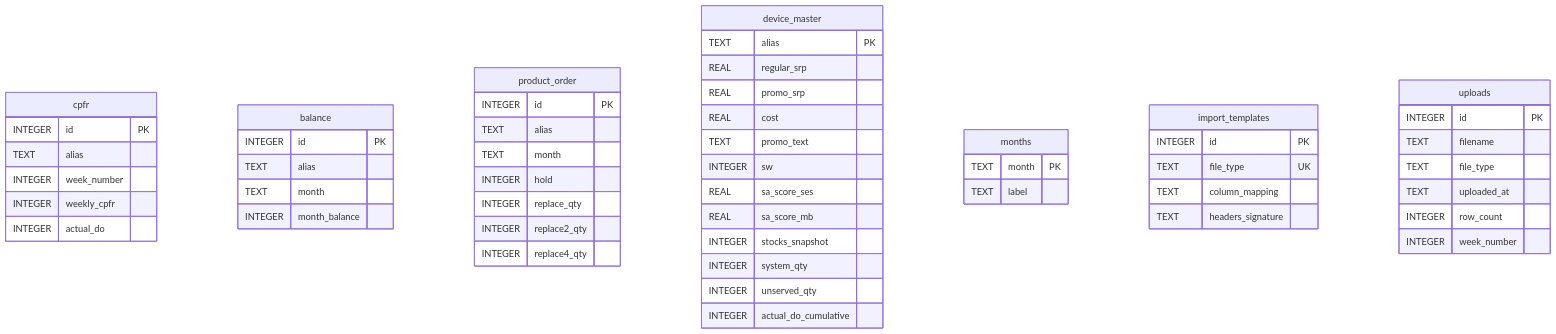
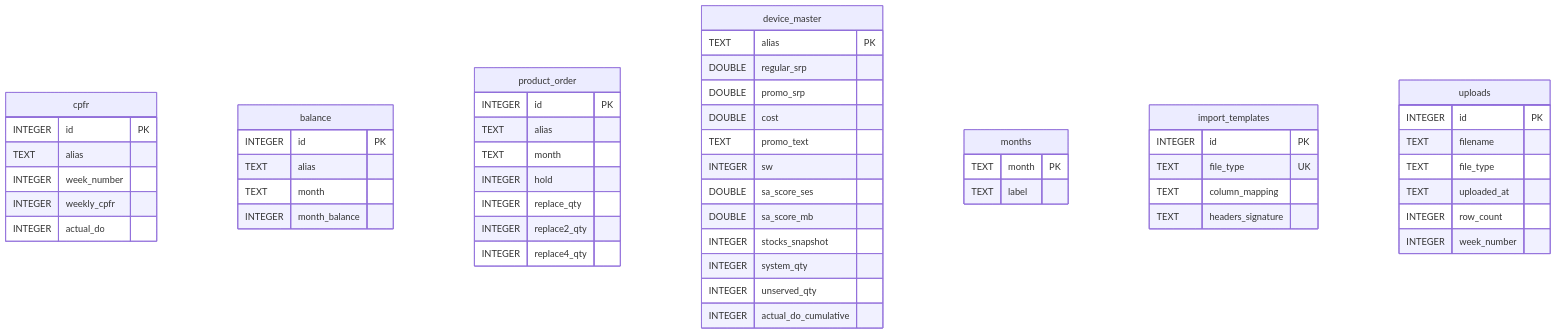
Before and after one commit to phonevilleofficial2025/stock-predictor: the second of 2 diagrams in docs/ERD.md, drawn with Mermaid. The commit also changed other lines of this file and 33 other files, not shown here.

````diff
--- a/docs/ERD.md
+++ b/docs/ERD.md
@@ -70,57 +72,57 @@
 ```mermaid
 erDiagram
   cpfr {
     INTEGER id PK
     TEXT alias
     INTEGER week_number
     INTEGER weekly_cpfr
     INTEGER actual_do
   }
   balance {
     INTEGER id PK
     TEXT alias
     TEXT month
     INTEGER month_balance
   }
   product_order {
     INTEGER id PK
     TEXT alias
     TEXT month
     INTEGER hold
     INTEGER replace_qty
     INTEGER replace2_qty
     INTEGER replace4_qty
   }
   device_master {
     TEXT alias PK
-    REAL regular_srp
-    REAL promo_srp
-    REAL cost
+    DOUBLE regular_srp
+    DOUBLE promo_srp
+    DOUBLE cost
     TEXT promo_text
     INTEGER sw
-    REAL sa_score_ses
-    REAL sa_score_mb
+    DOUBLE sa_score_ses
+    DOUBLE sa_score_mb
     INTEGER stocks_snapshot
     INTEGER system_qty
     INTEGER unserved_qty
     INTEGER actual_do_cumulative
   }
   months {
     TEXT month PK
     TEXT label
   }
   import_templates {
     INTEGER id PK
     TEXT file_type UK
     TEXT column_mapping
     TEXT headers_signature
   }
   uploads {
     INTEGER id PK
     TEXT filename
     TEXT file_type
     TEXT uploaded_at
     INTEGER row_count
     INTEGER week_number
   }
 ```
````
